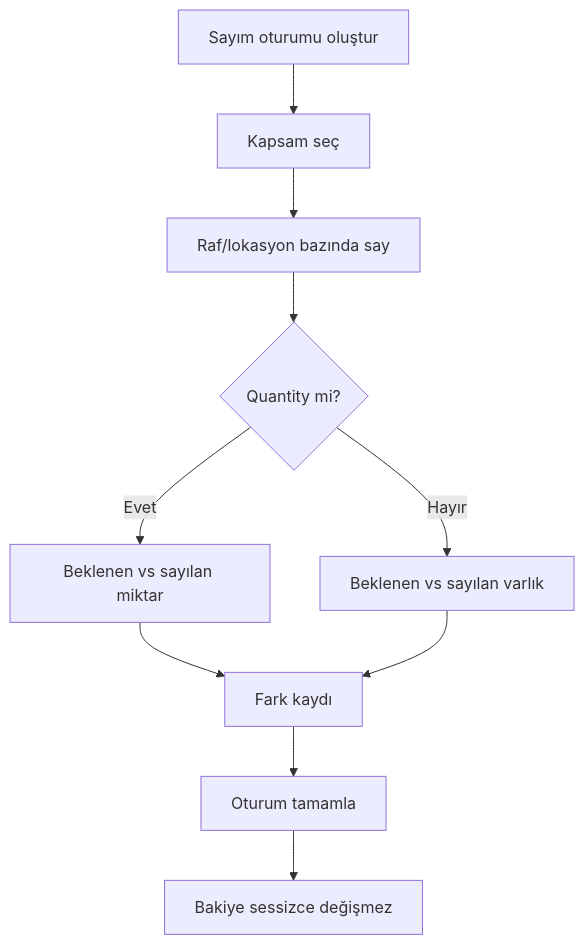
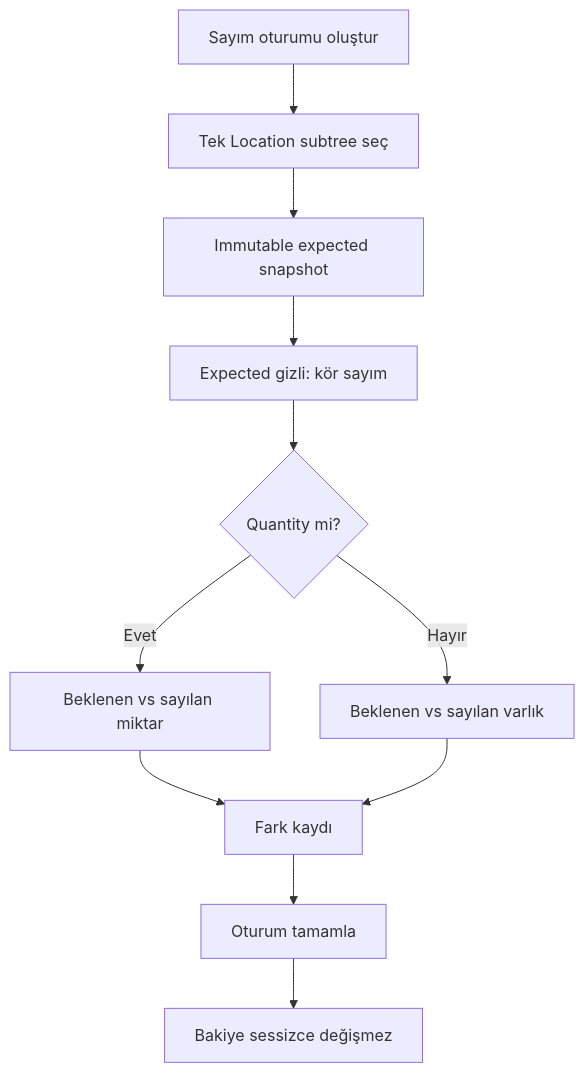
Before and after one commit to ataberksifil/tezcan-envanter: the fourth of 6 diagrams in docs/04-USER-FLOWS.md, drawn with Mermaid. The commit also changed other lines of this file and 7 other files, not shown here.

````diff
--- a/docs/04-USER-FLOWS.md
+++ b/docs/04-USER-FLOWS.md
@@ -852,12 +855,13 @@
 ```mermaid
 flowchart TD
-    Create["Sayım oturumu oluştur"] --> Scope["Kapsam seç"]
-    Scope --> Count["Raf/lokasyon bazında say"]
+    Create["Sayım oturumu oluştur"] --> Scope["Tek Location subtree seç"]
+    Scope --> Snapshot["Immutable expected snapshot"]
+    Snapshot --> Count["Expected gizli: kör sayım"]
     Count --> Qty{"Quantity mi?"}
     Qty -->|Evet| QLine["Beklenen vs sayılan miktar"]
     Qty -->|Hayır| SLine["Beklenen vs sayılan varlık"]
     QLine --> Diff["Fark kaydı"]
     SLine --> Diff
     Diff --> Complete["Oturum tamamla"]
     Complete --> NoSilent["Bakiye sessizce değişmez"]
 ```
````
